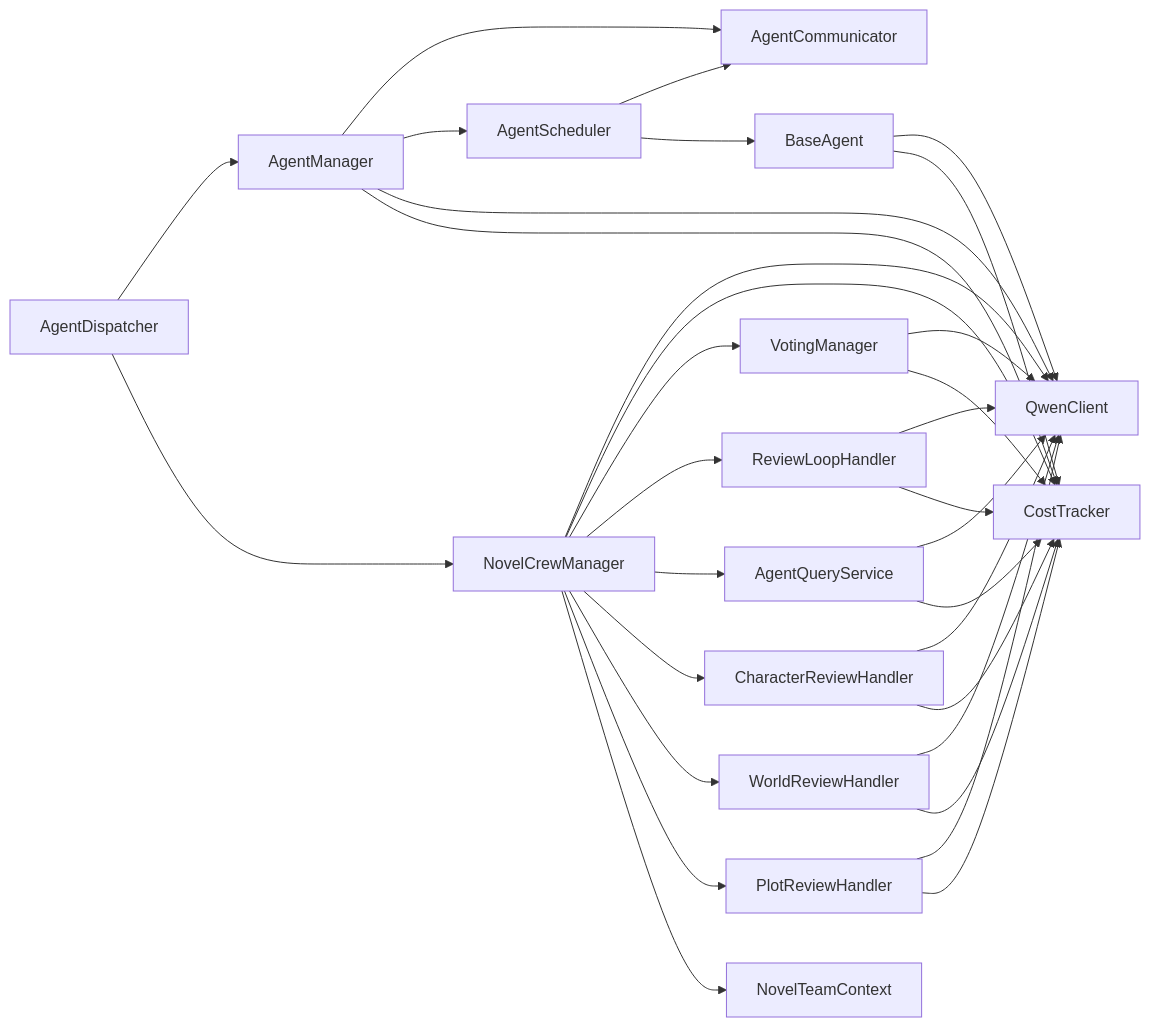
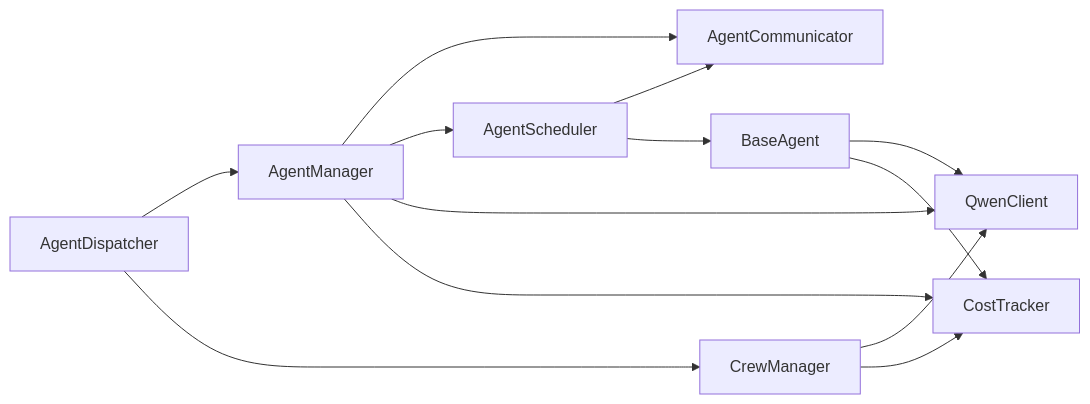
One commit to xfbyxq/ai-novel-system changed the ninth of 9 diagrams in .qoder/repowiki/zh/content/AI智能体系统/Agent管理器核心.md. Above: the diagram before and after it, drawn with Mermaid. The commit also changed other lines of this file and 38 other files, not shown here.

````diff
--- a/.qoder/repowiki/zh/content/AI智能体系统/Agent管理器核心.md
+++ b/.qoder/repowiki/zh/content/AI智能体系统/Agent管理器核心.md
@@ -773,34 +435,15 @@
 ```mermaid
 graph LR
 AM["AgentManager"] --> AC["AgentCommunicator"]
 AM --> AS["AgentScheduler"]
 AM --> QC["QwenClient"]
 AM --> CT["CostTracker"]
 AS --> AC
 AS --> BA["BaseAgent"]
 BA --> QC
 BA --> CT
 AD["AgentDispatcher"] --> AM
-AD --> CM["NovelCrewManager"]
+AD --> CM["CrewManager"]
 CM --> QC
 CM --> CT
-CM --> VM["VotingManager"]
-CM --> RL["ReviewLoopHandler"]
-CM --> QS["AgentQueryService"]
-CM --> CR["CharacterReviewHandler"]
-CM --> WR["WorldReviewHandler"]
-CM --> PR["PlotReviewHandler"]
-CM --> TC["NovelTeamContext"]
-VM --> QC
-VM --> CT
-RL --> QC
-RL --> CT
-QS --> QC
-QS --> CT
-CR --> QC
-CR --> CT
-WR --> QC
-WR --> CT
-PR --> QC
-PR --> CT
 ```
````
